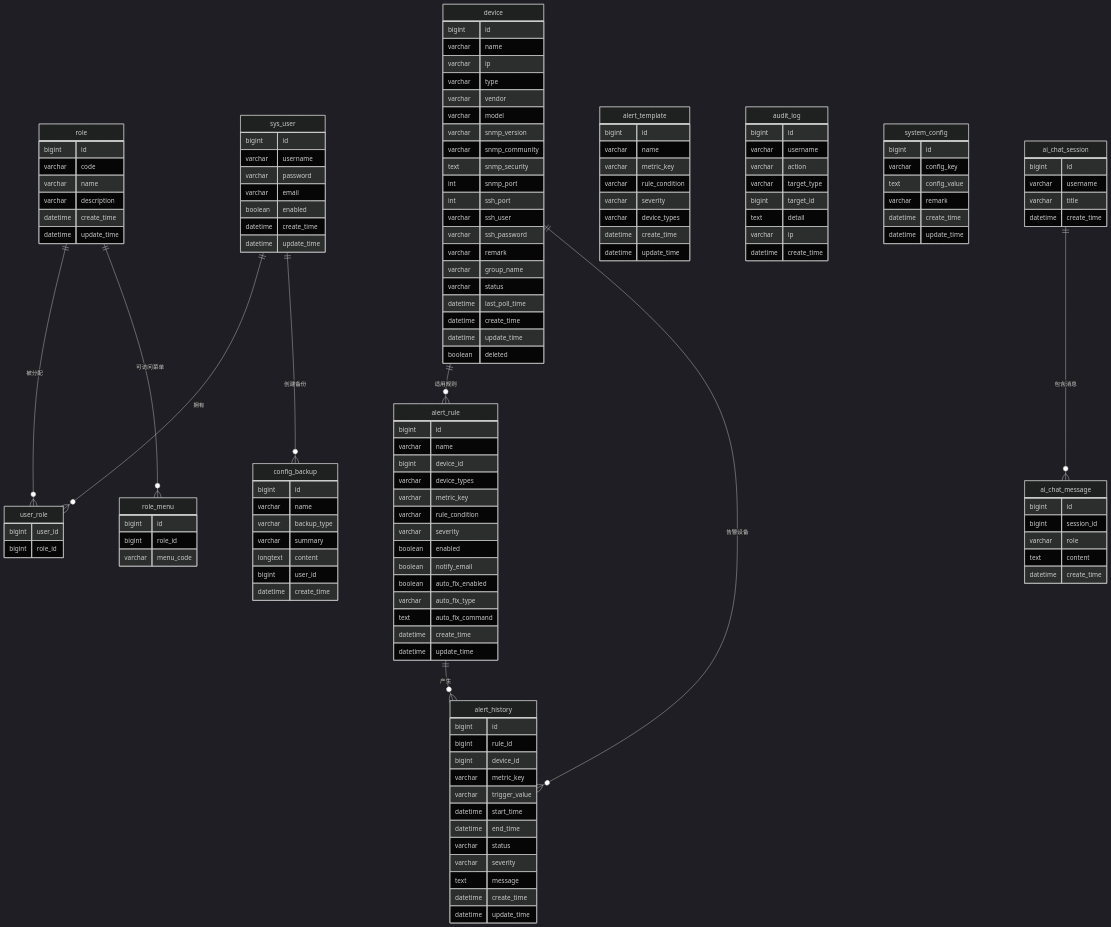
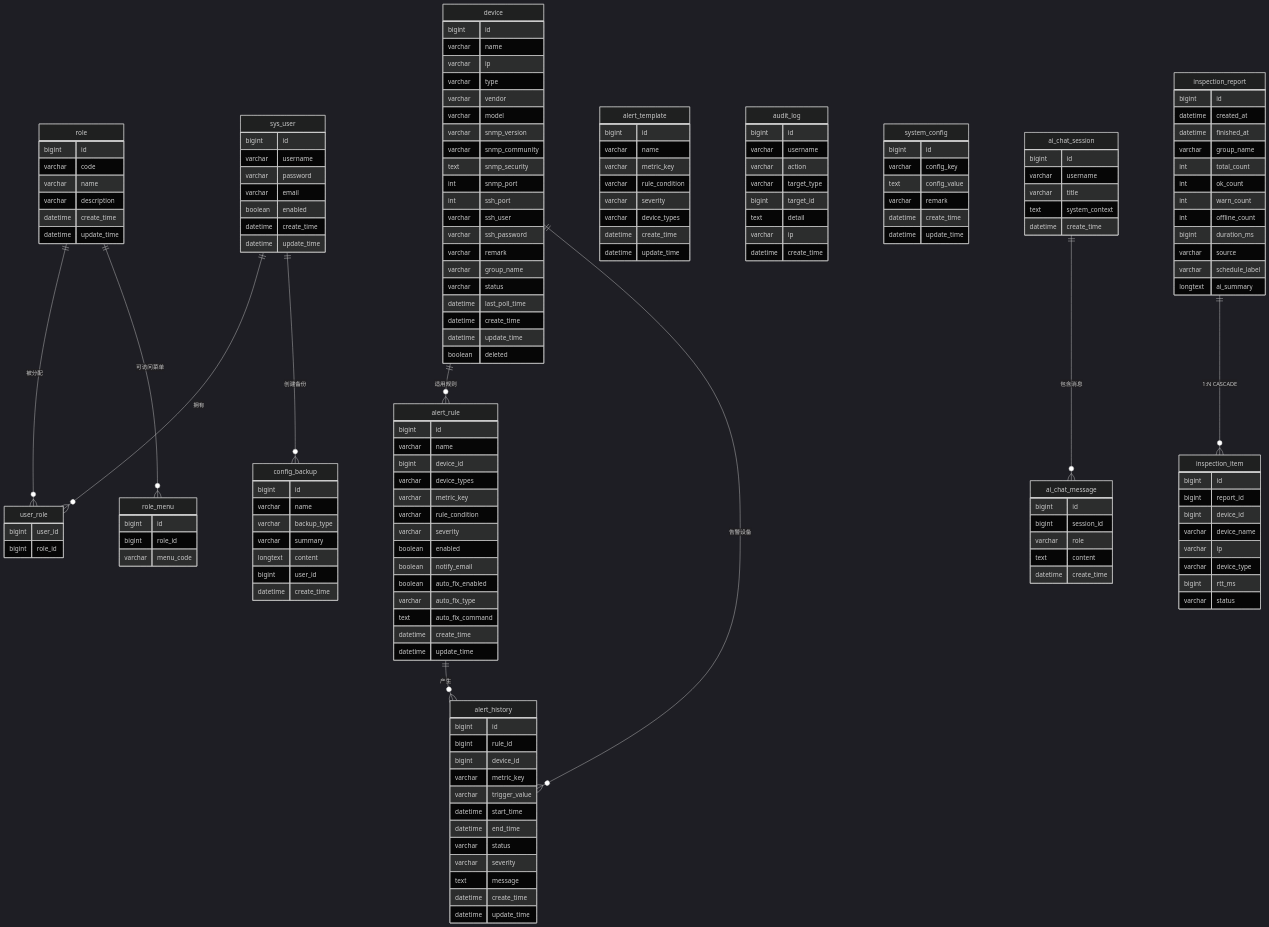
The first of 2 diagrams in docs/全局ER图-含属性.md (zedberark/jiankong), drawn with Mermaid (dark theme) before and after one commit. The commit also changed other lines of this file and 17 other files, not shown here.

````diff
--- a/docs/全局ER图-含属性.md
+++ b/docs/全局ER图-含属性.md
@@ -139,6 +139,7 @@
         bigint id
         varchar username
         varchar title
+        text system_context
         datetime create_time
     }
 
@@ -150,6 +151,32 @@
         datetime create_time
     }
 
+    inspection_report {
+        bigint id
+        datetime created_at
+        datetime finished_at
+        varchar group_name
+        int total_count
+        int ok_count
+        int warn_count
+        int offline_count
+        bigint duration_ms
+        varchar source
+        varchar schedule_label
+        longtext ai_summary
+    }
+
+    inspection_item {
+        bigint id
+        bigint report_id
+        bigint device_id
+        varchar device_name
+        varchar ip
+        varchar device_type
+        bigint rtt_ms
+        varchar status
+    }
+
     sys_user ||--o{ user_role : 拥有
     role ||--o{ user_role : 被分配
     role ||--o{ role_menu : 可访问菜单
@@ -158,4 +185,5 @@
     alert_rule ||--o{ alert_history : 产生
     sys_user ||--o{ config_backup : 创建备份
     ai_chat_session ||--o{ ai_chat_message : 包含消息
+    inspection_report ||--o{ inspection_item : "1:N CASCADE"
 ```
````
